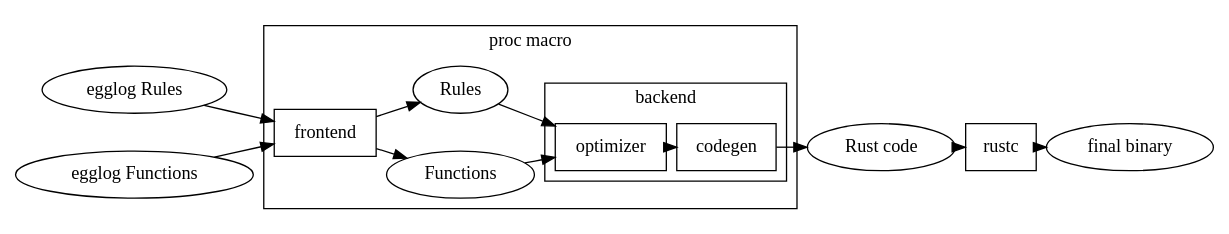
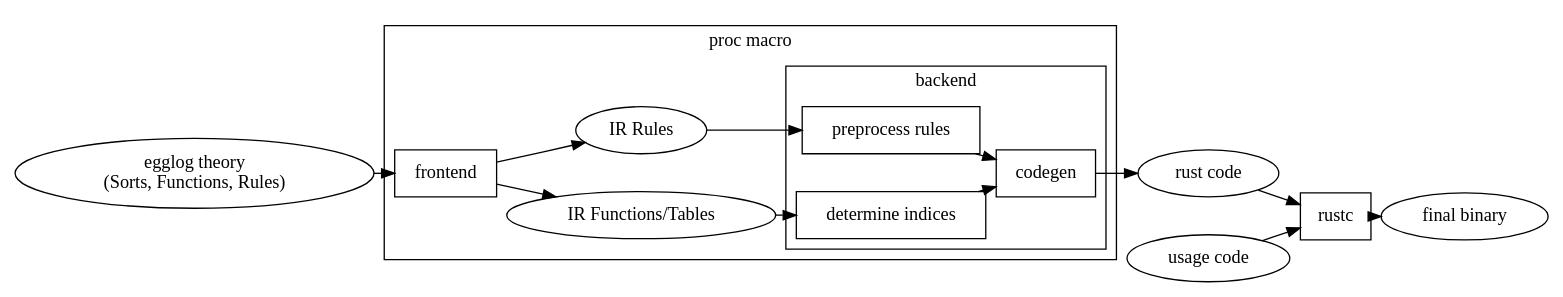
One commit to oatlog/oatlog changed the diagram in doc/planning_report/architecture.dot. Above: the diagram before and after it, drawn with Graphviz. The commit also changed other lines of this file and 3 other files, not shown here.

```diff
--- a/doc/planning_report/architecture.dot
+++ b/doc/planning_report/architecture.dot
@@ -1,25 +1,27 @@
 digraph G {
     rankdir="LR";
     ranksep=0.0;
     nodesep=0.4;
-    "egglog Rules" -> "frontend";
-    "egglog Functions" -> "frontend";
+    "egglog theory\n(Sorts, Functions, Rules)" -> "frontend";
     subgraph cluster_proc_macro {
-        "frontend" [shape=rect];     
+        "frontend" [shape=rect];
         label = "proc macro";
-        "frontend" -> "Functions";
-        "frontend" -> "Rules";
-        "Functions" -> "optimizer";
-        "Rules" -> "optimizer";
+        "frontend" -> "IR Functions/Tables";
+        "frontend" -> "IR Rules";
+        "IR Functions/Tables" -> "determine indices";
+        "IR Rules" -> "preprocess rules";
         subgraph cluster_backend {
             label = "backend";
-            "optimizer" [shape=rect];
+            "determine indices" [shape=rect];
+            "preprocess rules" [shape=rect];
             "codegen" [shape=rect];
-            "optimizer" -> "codegen";
-        }   
+            "determine indices" -> "codegen";
+            "preprocess rules" -> "codegen";
+        }
     }
-    "codegen" -> "Rust code";
-    "Rust code" -> "rustc";
+    "codegen" -> "rust code";
+    "rust code" -> "rustc";
     "rustc" [shape=rect];
+    "usage code" -> "rustc"
     "rustc" -> "final binary"
 }
```
